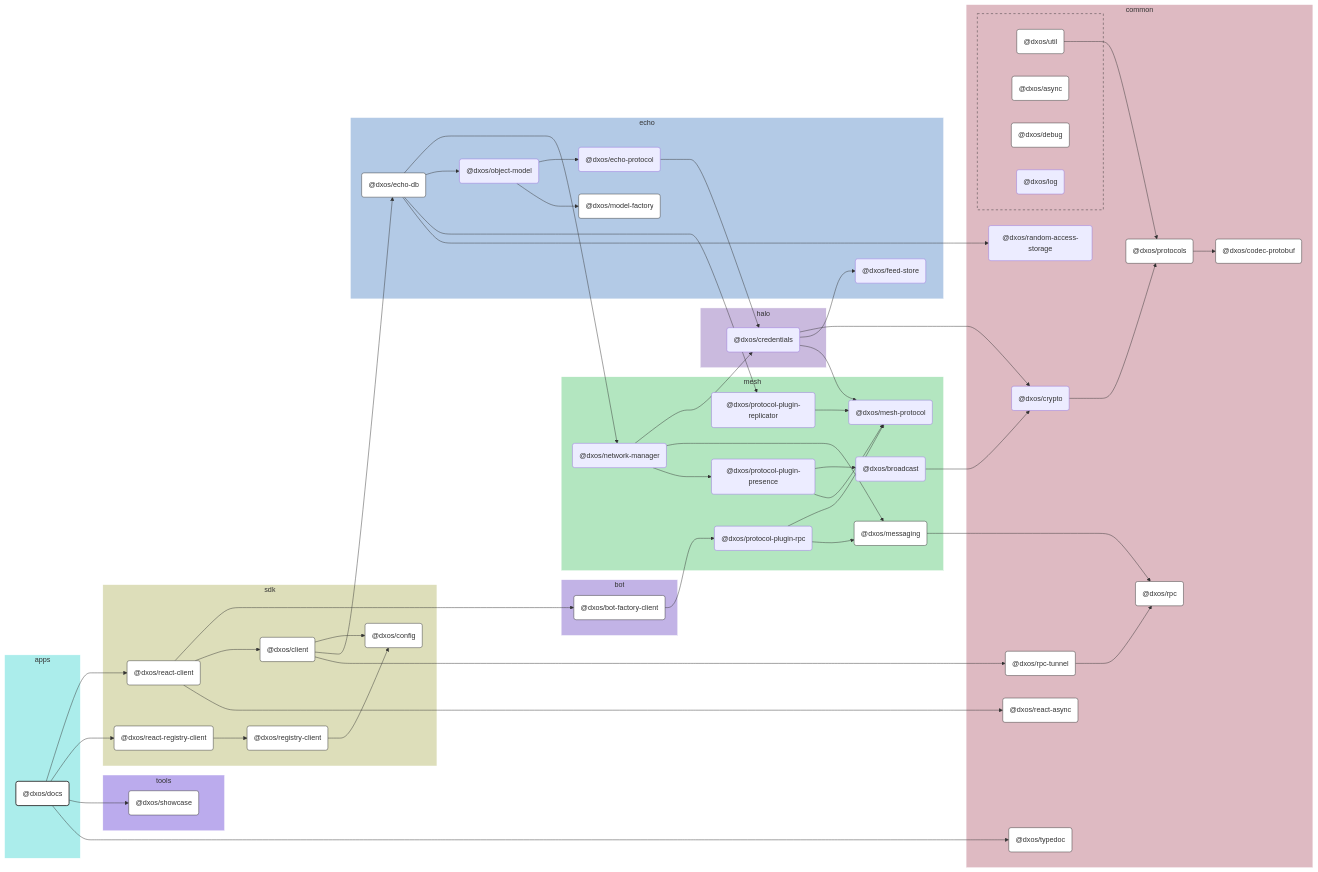
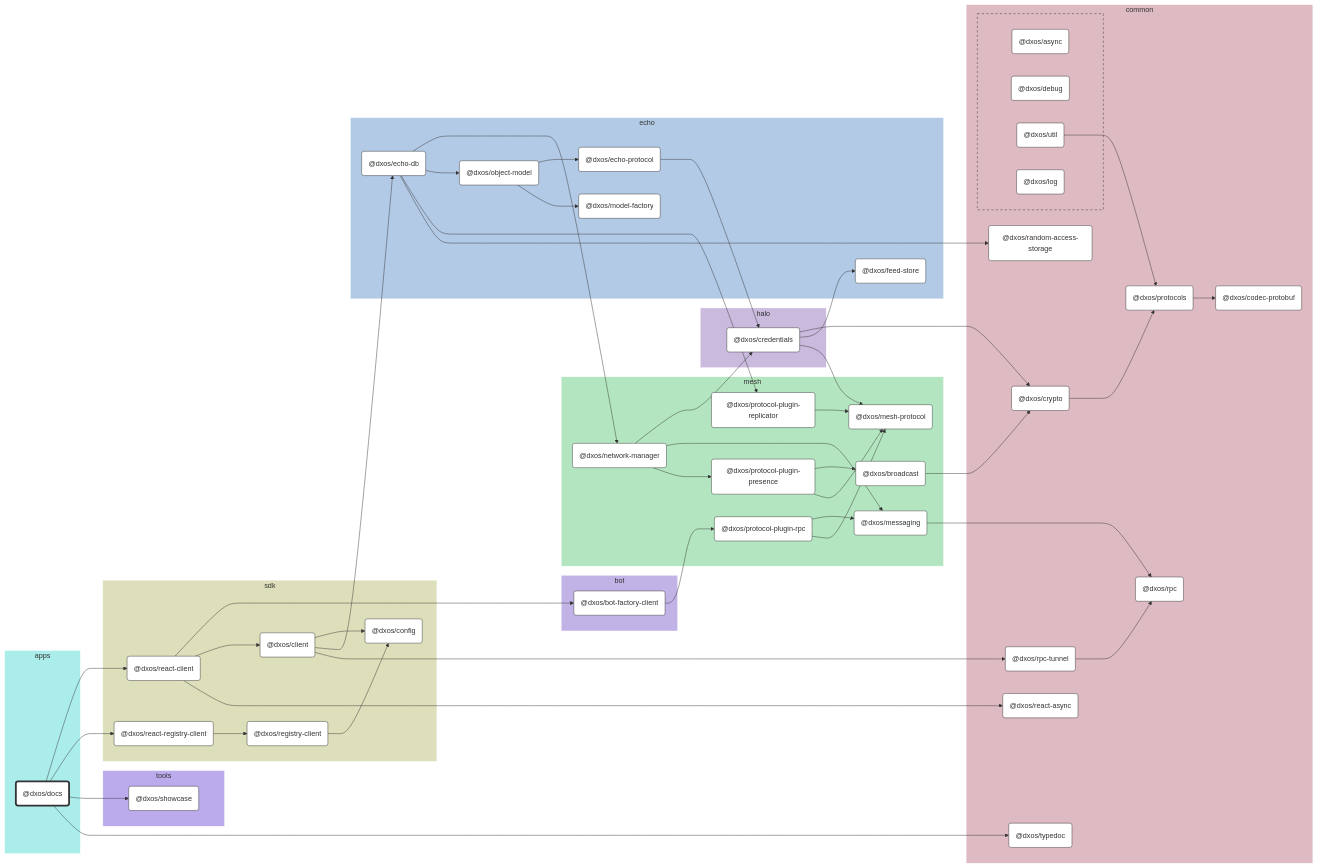
Before and after one commit to dxos/dxos: the diagram in apps/docs/docs/README.md, drawn with Mermaid. The commit also changed other lines of this file and 104 other files, not shown here.

````diff
--- a/apps/docs/docs/README.md
+++ b/apps/docs/docs/README.md
@@ -9,170 +9,151 @@
 
 flowchart LR
 
-%% Links
-dxos/bot-factory-client --> dxos/protocol-plugin-rpc;
-dxos/broadcast --> dxos/crypto;
-dxos/client --> dxos/config;
-dxos/client --> dxos/echo-db;
-dxos/client --> dxos/rpc-tunnel;
-dxos/credentials --> dxos/crypto;
-dxos/credentials --> dxos/feed-store;
-dxos/credentials --> dxos/mesh-protocol;
-dxos/crypto --> dxos/protocols;
-dxos/docs --> dxos/react-client;
-dxos/docs --> dxos/react-registry-client;
-dxos/docs --> dxos/showcase;
-dxos/docs --> dxos/typedoc;
-dxos/echo-db --> dxos/network-manager;
-dxos/echo-db --> dxos/object-model;
-dxos/echo-db --> dxos/protocol-plugin-replicator;
-dxos/echo-db --> dxos/random-access-storage;
-dxos/echo-protocol --> dxos/credentials;
-dxos/messaging --> dxos/rpc;
-dxos/network-manager --> dxos/credentials;
-dxos/network-manager --> dxos/messaging;
-dxos/network-manager --> dxos/protocol-plugin-presence;
-dxos/object-model --> dxos/echo-protocol;
-dxos/object-model --> dxos/model-factory;
-dxos/protocol-plugin-presence --> dxos/broadcast;
-dxos/protocol-plugin-presence --> dxos/mesh-protocol;
-dxos/protocol-plugin-replicator --> dxos/mesh-protocol;
-dxos/protocol-plugin-rpc --> dxos/mesh-protocol;
-dxos/protocol-plugin-rpc --> dxos/messaging;
-dxos/protocols --> dxos/codec-protobuf;
-dxos/react-client --> dxos/bot-factory-client;
-dxos/react-client --> dxos/client;
-dxos/react-client --> dxos/react-async;
-dxos/react-registry-client --> dxos/registry-client;
-dxos/registry-client --> dxos/config;
-dxos/rpc-tunnel --> dxos/rpc;
-dxos/util --> dxos/protocols;
+%% Classes
+classDef def fill:#fff,stroke:#333,stroke-width:1px
+classDef root fill:#fff,stroke:#333,stroke-width:4px
 
-%% Sections
-subgraph apps
-  style apps fill:#abedeb,stroke:#fff;
+%% Nodes
 
-  dxos/docs("@dxos/docs")
+subgraph apps [apps]
+  style apps fill:#abedeb,stroke:#fff
+  dxos/docs("@dxos/docs"):::root
+  click dxos/docs "dxos/dxos/tree/main/apps/docs/docs"
 end
 
-subgraph sdk
-  style sdk fill:#dddeba,stroke:#fff;
-
-  dxos/client("@dxos/client")
-  dxos/config("@dxos/config")
-  dxos/react-client("@dxos/react-client")
-  dxos/react-registry-client("@dxos/react-registry-client")
-  dxos/registry-client("@dxos/registry-client")
+subgraph sdk [sdk]
+  style sdk fill:#dddeba,stroke:#fff
+  dxos/client("@dxos/client"):::def
+  click dxos/client "dxos/dxos/tree/main/packages/sdk/client/docs"
+  dxos/config("@dxos/config"):::def
+  click dxos/config "dxos/dxos/tree/main/packages/sdk/config/docs"
+  dxos/react-client("@dxos/react-client"):::def
+  click dxos/react-client "dxos/dxos/tree/main/packages/sdk/react-client/docs"
+  dxos/react-registry-client("@dxos/react-registry-client"):::def
+  click dxos/react-registry-client "dxos/dxos/tree/main/packages/sdk/react-registry-client/docs"
+  dxos/registry-client("@dxos/registry-client"):::def
+  click dxos/registry-client "dxos/dxos/tree/main/packages/sdk/registry-client/docs"
 end
 
-subgraph common
-  style common fill:#debac2,stroke:#fff;
-
-  dxos/codec-protobuf("@dxos/codec-protobuf")
-  dxos/crypto("@dxos/crypto")
-  dxos/protocols("@dxos/protocols")
-  dxos/random-access-storage("@dxos/random-access-storage")
-  dxos/react-async("@dxos/react-async")
-  dxos/rpc("@dxos/rpc")
-  dxos/rpc-tunnel("@dxos/rpc-tunnel")
-  dxos/typedoc("@dxos/typedoc")
+subgraph common [common]
+  style common fill:#debac2,stroke:#fff
+  dxos/codec-protobuf("@dxos/codec-protobuf"):::def
+  click dxos/codec-protobuf "dxos/dxos/tree/main/packages/common/codec-protobuf/docs"
+  dxos/protocols("@dxos/protocols"):::def
+  click dxos/protocols "dxos/dxos/tree/main/packages/common/protocols/docs"
+  dxos/crypto("@dxos/crypto"):::def
+  click dxos/crypto "dxos/dxos/tree/main/packages/common/crypto/docs"
+  dxos/rpc("@dxos/rpc"):::def
+  click dxos/rpc "dxos/dxos/tree/main/packages/common/rpc/docs"
+  dxos/random-access-storage("@dxos/random-access-storage"):::def
+  click dxos/random-access-storage "dxos/dxos/tree/main/packages/common/random-access-storage/docs"
+  dxos/rpc-tunnel("@dxos/rpc-tunnel"):::def
+  click dxos/rpc-tunnel "dxos/dxos/tree/main/packages/common/rpc-tunnel/docs"
+  dxos/react-async("@dxos/react-async"):::def
+  click dxos/react-async "dxos/dxos/tree/main/packages/common/react-async/docs"
+  dxos/typedoc("@dxos/typedoc"):::def
+  click dxos/typedoc "dxos/dxos/tree/main/packages/common/typedoc/docs"
 
   subgraph common-excluded [ ]
-    style common-excluded fill:#debac2,stroke:#333,stroke-dasharray:5 5;
-
-    dxos/async("@dxos/async")
-    dxos/debug("@dxos/debug")
-    dxos/log("@dxos/log")
-    dxos/util("@dxos/util")
+    style common-excluded fill:#debac2,stroke:#333,stroke-dasharray:5 5
+    dxos/async("@dxos/async"):::def
+    click dxos/async "dxos/dxos/tree/main/packages/common/async/docs"
+    dxos/debug("@dxos/debug"):::def
+    click dxos/debug "dxos/dxos/tree/main/packages/common/debug/docs"
+    dxos/util("@dxos/util"):::def
+    click dxos/util "dxos/dxos/tree/main/packages/common/util/docs"
+    dxos/log("@dxos/log"):::def
+    click dxos/log "dxos/dxos/tree/main/packages/common/log/docs"
   end
 end
 
-subgraph echo
-  style echo fill:#b3cae6,stroke:#fff;
-
-  dxos/echo-db("@dxos/echo-db")
-  dxos/echo-protocol("@dxos/echo-protocol")
-  dxos/feed-store("@dxos/feed-store")
-  dxos/model-factory("@dxos/model-factory")
-  dxos/object-model("@dxos/object-model")
+subgraph echo [echo]
+  style echo fill:#b3cae6,stroke:#fff
+  dxos/echo-db("@dxos/echo-db"):::def
+  click dxos/echo-db "dxos/dxos/tree/main/packages/echo/echo-db/docs"
+  dxos/feed-store("@dxos/feed-store"):::def
+  click dxos/feed-store "dxos/dxos/tree/main/packages/echo/feed-store/docs"
+  dxos/echo-protocol("@dxos/echo-protocol"):::def
+  click dxos/echo-protocol "dxos/dxos/tree/main/packages/echo/echo-protocol/docs"
+  dxos/model-factory("@dxos/model-factory"):::def
+  click dxos/model-factory "dxos/dxos/tree/main/packages/echo/model-factory/docs"
+  dxos/object-model("@dxos/object-model"):::def
+  click dxos/object-model "dxos/dxos/tree/main/packages/echo/object-model/docs"
 end
 
-subgraph halo
-  style halo fill:#cabade,stroke:#fff;
-
-  dxos/credentials("@dxos/credentials")
+subgraph halo [halo]
+  style halo fill:#cabade,stroke:#fff
+  dxos/credentials("@dxos/credentials"):::def
+  click dxos/credentials "dxos/dxos/tree/main/packages/halo/credentials/docs"
 end
 
-subgraph mesh
-  style mesh fill:#b3e6c0,stroke:#fff;
-
-  dxos/broadcast("@dxos/broadcast")
-  dxos/mesh-protocol("@dxos/mesh-protocol")
-  dxos/messaging("@dxos/messaging")
-  dxos/network-manager("@dxos/network-manager")
-  dxos/protocol-plugin-presence("@dxos/protocol-plugin-presence")
-  dxos/protocol-plugin-replicator("@dxos/protocol-plugin-replicator")
-  dxos/protocol-plugin-rpc("@dxos/protocol-plugin-rpc")
+subgraph mesh [mesh]
+  style mesh fill:#b3e6c0,stroke:#fff
+  dxos/mesh-protocol("@dxos/mesh-protocol"):::def
+  click dxos/mesh-protocol "dxos/dxos/tree/main/packages/mesh/mesh-protocol/docs"
+  dxos/messaging("@dxos/messaging"):::def
+  click dxos/messaging "dxos/dxos/tree/main/packages/mesh/messaging/docs"
+  dxos/network-manager("@dxos/network-manager"):::def
+  click dxos/network-manager "dxos/dxos/tree/main/packages/mesh/network-manager/docs"
+  dxos/protocol-plugin-presence("@dxos/protocol-plugin-presence"):::def
+  click dxos/protocol-plugin-presence "dxos/dxos/tree/main/packages/mesh/protocol-plugin-presence/docs"
+  dxos/broadcast("@dxos/broadcast"):::def
+  click dxos/broadcast "dxos/dxos/tree/main/packages/mesh/broadcast/docs"
+  dxos/protocol-plugin-replicator("@dxos/protocol-plugin-replicator"):::def
+  click dxos/protocol-plugin-replicator "dxos/dxos/tree/main/packages/mesh/protocol-plugin-replicator/docs"
+  dxos/protocol-plugin-rpc("@dxos/protocol-plugin-rpc"):::def
+  click dxos/protocol-plugin-rpc "dxos/dxos/tree/main/packages/mesh/protocol-plugin-rpc/docs"
 end
 
-subgraph bot
-  style bot fill:#c2b3e6,stroke:#fff;
-
-  dxos/bot-factory-client("@dxos/bot-factory-client")
+subgraph bot [bot]
+  style bot fill:#c2b3e6,stroke:#fff
+  dxos/bot-factory-client("@dxos/bot-factory-client"):::def
+  click dxos/bot-factory-client "dxos/dxos/tree/main/packages/bot/bot-factory-client/docs"
 end
 
-subgraph tools
-  style tools fill:#bbabed,stroke:#fff;
-
-  dxos/showcase("@dxos/showcase")
+subgraph tools [tools]
+  style tools fill:#bbabed,stroke:#fff
+  dxos/showcase("@dxos/showcase"):::def
+  click dxos/showcase "dxos/dxos/tree/main/tools/showcase/docs"
 end
 
-
-%% Hyperlinks
-click dxos/async "dxos/dxos/tree/main/packages/common/async/docs";
-click dxos/bot-factory-client "dxos/dxos/tree/main/packages/bot/bot-factory-client/docs";
-click dxos/client "dxos/dxos/tree/main/packages/sdk/client/docs";
-click dxos/codec-protobuf "dxos/dxos/tree/main/packages/common/codec-protobuf/docs";
-click dxos/config "dxos/dxos/tree/main/packages/sdk/config/docs";
-click dxos/debug "dxos/dxos/tree/main/packages/common/debug/docs";
-click dxos/echo-db "dxos/dxos/tree/main/packages/echo/echo-db/docs";
-click dxos/messaging "dxos/dxos/tree/main/packages/mesh/messaging/docs";
-click dxos/model-factory "dxos/dxos/tree/main/packages/echo/model-factory/docs";
-click dxos/protocols "dxos/dxos/tree/main/packages/common/protocols/docs";
-click dxos/react-async "dxos/dxos/tree/main/packages/common/react-async/docs";
-click dxos/react-client "dxos/dxos/tree/main/packages/sdk/react-client/docs";
-click dxos/react-registry-client "dxos/dxos/tree/main/packages/sdk/react-registry-client/docs";
-click dxos/registry-client "dxos/dxos/tree/main/packages/sdk/registry-client/docs";
-click dxos/rpc "dxos/dxos/tree/main/packages/common/rpc/docs";
-click dxos/rpc-tunnel "dxos/dxos/tree/main/packages/common/rpc-tunnel/docs";
-click dxos/showcase "dxos/dxos/tree/main/tools/showcase/docs";
-click dxos/typedoc "dxos/dxos/tree/main/packages/common/typedoc/docs";
-click dxos/util "dxos/dxos/tree/main/packages/common/util/docs";
-
-%% Styles
-classDef rootNode fill:#fff,stroke:#333,stroke-width:2px
-classDef defaultNode fill:#fff,stroke:#333,stroke-width:1px
+%% Links
 linkStyle default stroke:#333,stroke-width:1px
-
-dxos/docs:::rootNode
-
-dxos/async:::defaultNode
-dxos/bot-factory-client:::defaultNode
-dxos/client:::defaultNode
-dxos/codec-protobuf:::defaultNode
-dxos/config:::defaultNode
-dxos/debug:::defaultNode
-dxos/echo-db:::defaultNode
-dxos/messaging:::defaultNode
-dxos/model-factory:::defaultNode
-dxos/protocols:::defaultNode
-dxos/react-async:::defaultNode
-dxos/react-client:::defaultNode
-dxos/react-registry-client:::defaultNode
-dxos/registry-client:::defaultNode
-dxos/rpc:::defaultNode
-dxos/rpc-tunnel:::defaultNode
-dxos/showcase:::defaultNode
-dxos/typedoc:::defaultNode
-dxos/util:::defaultNode
+dxos/client --> dxos/config
+dxos/protocols --> dxos/codec-protobuf
+dxos/util --> dxos/protocols
+dxos/client --> dxos/echo-db
+dxos/credentials --> dxos/crypto
+dxos/crypto --> dxos/protocols
+dxos/credentials --> dxos/feed-store
+dxos/credentials --> dxos/mesh-protocol
+dxos/echo-protocol --> dxos/credentials
+dxos/messaging --> dxos/rpc
+dxos/echo-db --> dxos/network-manager
+dxos/network-manager --> dxos/credentials
+dxos/network-manager --> dxos/messaging
+dxos/network-manager --> dxos/protocol-plugin-presence
+dxos/protocol-plugin-presence --> dxos/broadcast
+dxos/broadcast --> dxos/crypto
+dxos/protocol-plugin-presence --> dxos/mesh-protocol
+dxos/echo-db --> dxos/object-model
+dxos/object-model --> dxos/echo-protocol
+dxos/object-model --> dxos/model-factory
+dxos/echo-db --> dxos/protocol-plugin-replicator
+dxos/protocol-plugin-replicator --> dxos/mesh-protocol
+dxos/echo-db --> dxos/random-access-storage
+dxos/client --> dxos/rpc-tunnel
+dxos/rpc-tunnel --> dxos/rpc
+dxos/docs --> dxos/react-client
+dxos/react-client --> dxos/bot-factory-client
+dxos/bot-factory-client --> dxos/protocol-plugin-rpc
+dxos/protocol-plugin-rpc --> dxos/messaging
+dxos/protocol-plugin-rpc --> dxos/mesh-protocol
+dxos/react-client --> dxos/client
+dxos/react-client --> dxos/react-async
+dxos/docs --> dxos/react-registry-client
+dxos/react-registry-client --> dxos/registry-client
+dxos/registry-client --> dxos/config
+dxos/docs --> dxos/showcase
+dxos/docs --> dxos/typedoc
 ```
````
